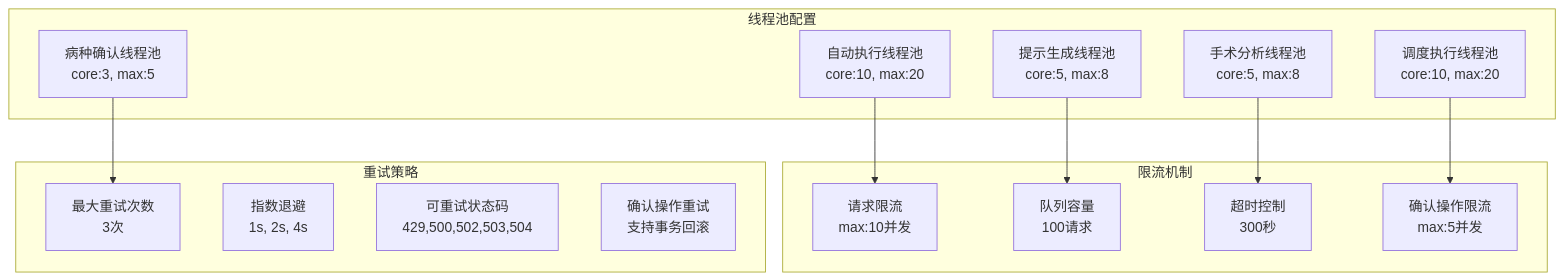
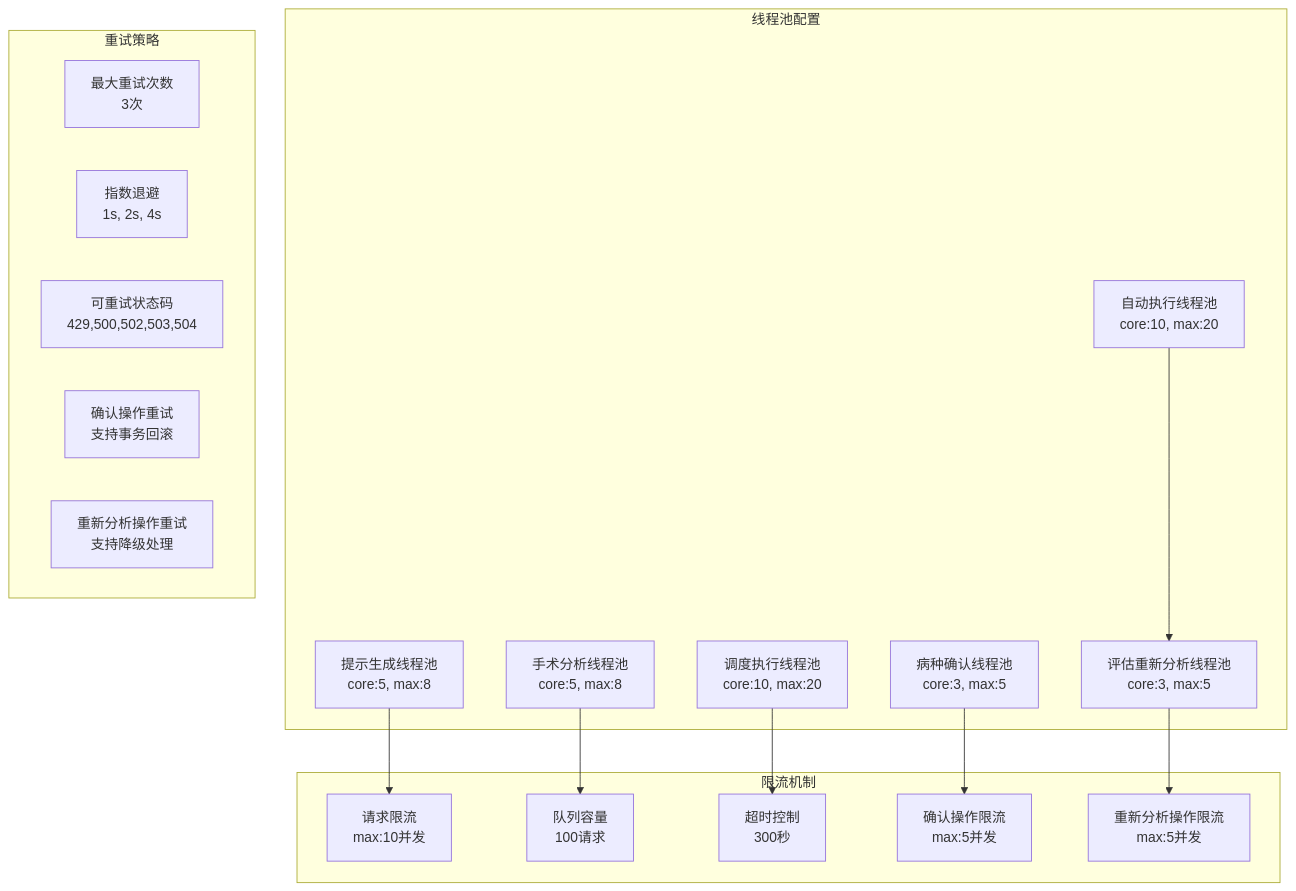
Diagram 15 of 15 in .qoder/repowiki/zh/content/核心功能模块/质量控制系统.md (liuzh2008/med_ai_assistant_workspace), drawn with Mermaid before and after one commit. The commit also changed other lines of this file and 5 other files, not shown here.

````diff
--- a/.qoder/repowiki/zh/content/核心功能模块/质量控制系统.md
+++ b/.qoder/repowiki/zh/content/核心功能模块/质量控制系统.md
@@ -543,27 +729,31 @@
 ```mermaid
 graph TB
 subgraph "线程池配置"
 A[自动执行线程池<br/>core:10, max:20]
 B[提示生成线程池<br/>core:5, max:8]
 C[手术分析线程池<br/>core:5, max:8]
 D[调度执行线程池<br/>core:10, max:20]
 E[病种确认线程池<br/>core:3, max:5]
+F[评估重新分析线程池<br/>core:3, max:5]
 end
 subgraph "限流机制"
-F[请求限流<br/>max:10并发]
-G[队列容量<br/>100请求]
-H[超时控制<br/>300秒]
-I[确认操作限流<br/>max:5并发]
+G[请求限流<br/>max:10并发]
+H[队列容量<br/>100请求]
+I[超时控制<br/>300秒]
+J[确认操作限流<br/>max:5并发]
+K[重新分析操作限流<br/>max:5并发]
 end
 subgraph "重试策略"
-J[最大重试次数<br/>3次]
-K[指数退避<br/>1s, 2s, 4s]
-L[可重试状态码<br/>429,500,502,503,504]
-M[确认操作重试<br/>支持事务回滚]
+L[最大重试次数<br/>3次]
+M[指数退避<br/>1s, 2s, 4s]
+N[可重试状态码<br/>429,500,502,503,504]
+O[确认操作重试<br/>支持事务回滚]
+P[重新分析操作重试<br/>支持降级处理]
 end
 A --> F
 B --> G
 C --> H
 D --> I
 E --> J
+F --> K
 ```
````
